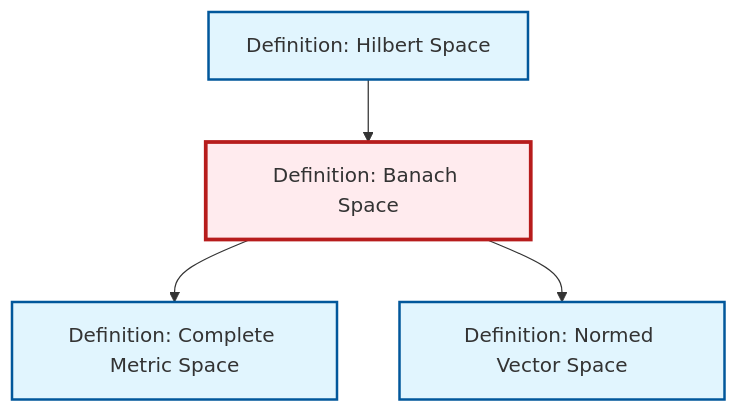
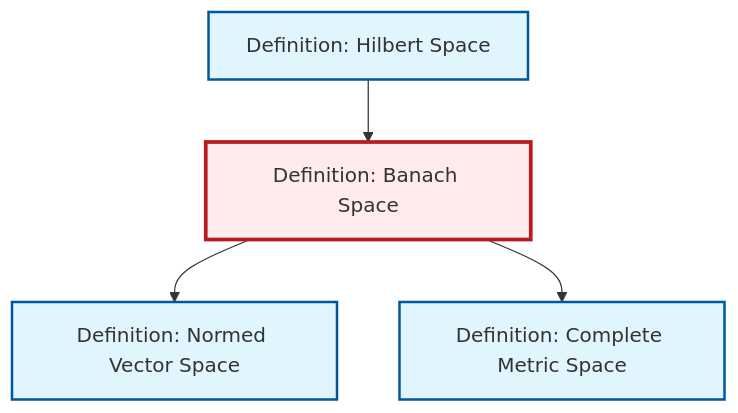
Before and after one commit to RK0429/ModernMath: the diagram in content/ja/analysis/def-banach-space.qmd, drawn with Mermaid. The commit also changed other lines of this file and 654 other files, not shown here.

````diff
--- a/content/ja/analysis/def-banach-space.qmd
+++ b/content/ja/analysis/def-banach-space.qmd
@@ -120,20 +120,20 @@
 ```{mermaid}
 %%| fig-cap: "Local dependency graph"
 graph TD
     classDef definition fill:#e1f5fe,stroke:#01579b,stroke-width:2px
     classDef theorem fill:#f3e5f5,stroke:#4a148c,stroke-width:2px
     classDef axiom fill:#fff3e0,stroke:#e65100,stroke-width:2px
     classDef example fill:#e8f5e9,stroke:#1b5e20,stroke-width:2px
     classDef current fill:#ffebee,stroke:#b71c1c,stroke-width:3px
+    def-hilbert-space["Definition: Hilbert Space"]:::definition
     def-normed-vector-space["Definition: Normed Vector Space"]:::definition
-    def-hilbert-space["Definition: Hilbert Space"]:::definition
+    def-banach-space["Definition: Banach Space"]:::definition
     def-complete-metric-space["Definition: Complete Metric Space"]:::definition
-    def-banach-space["Definition: Banach Space"]:::definition
     def-hilbert-space --> def-banach-space
+    def-banach-space --> def-normed-vector-space
     def-banach-space --> def-complete-metric-space
-    def-banach-space --> def-normed-vector-space
     class def-banach-space current
+    click def-hilbert-space "def-hilbert-space.html" "Definition: Hilbert Spaceへ"
     click def-normed-vector-space "def-normed-vector-space.html" "Definition: Normed Vector Spaceへ"
-    click def-hilbert-space "def-hilbert-space.html" "Definition: Hilbert Spaceへ"
     click def-complete-metric-space "def-complete-metric-space.html" "Definition: Complete Metric Spaceへ"
 ```
````
